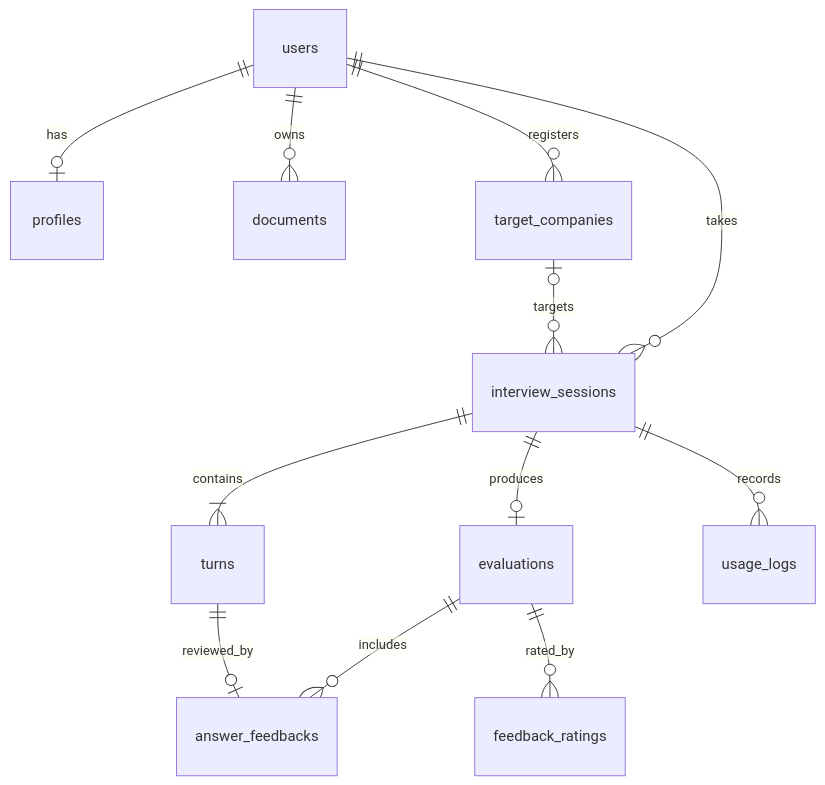
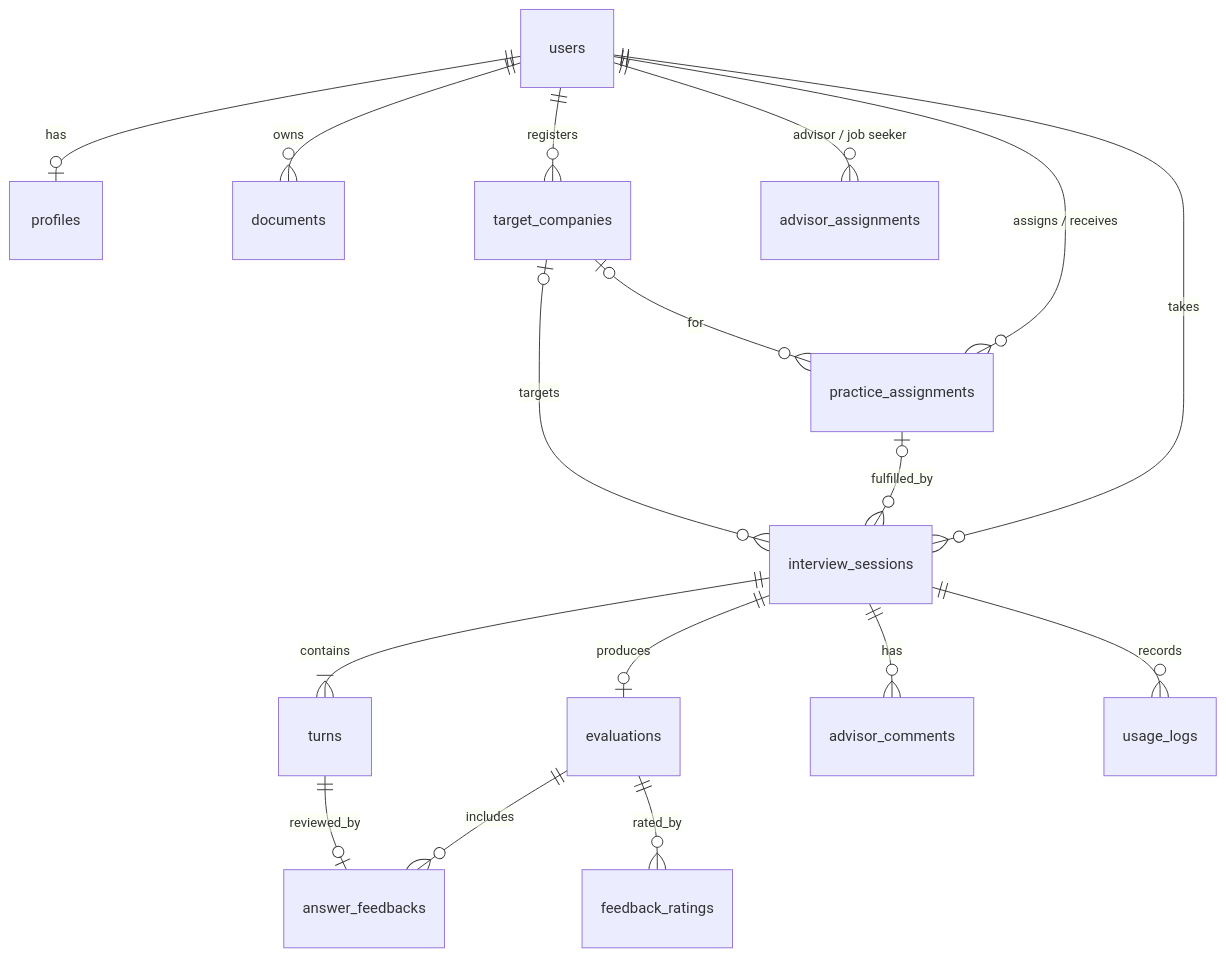
The fourth of 5 diagrams in docs/requirements.md (tarokuma555-maker/AI-interview-pj), drawn with Mermaid before and after one commit. The commit also changed other lines of this file and 1 other file, not shown here.

````diff
--- a/docs/requirements.md
+++ b/docs/requirements.md
@@ -455,14 +562,19 @@
 ```mermaid
 erDiagram
     users ||--o| profiles : has
     users ||--o{ documents : owns
     users ||--o{ target_companies : registers
     users ||--o{ interview_sessions : takes
+    users ||--o{ advisor_assignments : "advisor / job seeker"
+    users ||--o{ practice_assignments : "assigns / receives"
+    target_companies |o--o{ practice_assignments : for
+    practice_assignments |o--o{ interview_sessions : fulfilled_by
     target_companies |o--o{ interview_sessions : targets
     interview_sessions ||--|{ turns : contains
     interview_sessions ||--o| evaluations : produces
+    interview_sessions ||--o{ advisor_comments : has
     evaluations ||--o{ answer_feedbacks : includes
     turns ||--o| answer_feedbacks : reviewed_by
     evaluations ||--o{ feedback_ratings : rated_by
     interview_sessions ||--o{ usage_logs : records
 ```
````
